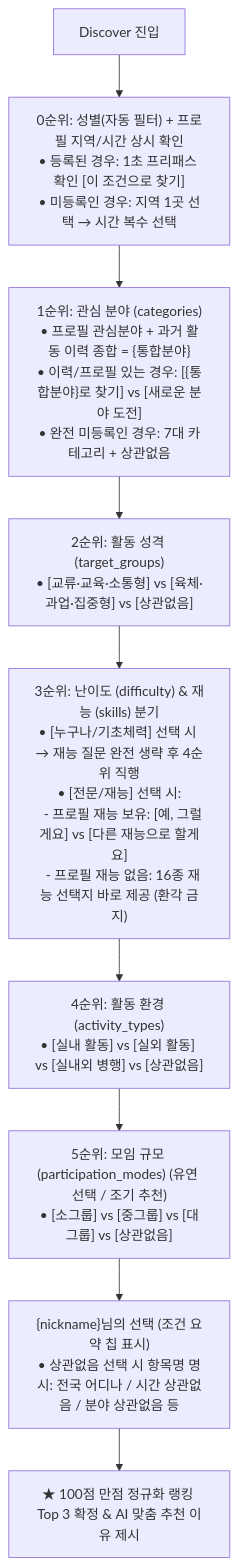
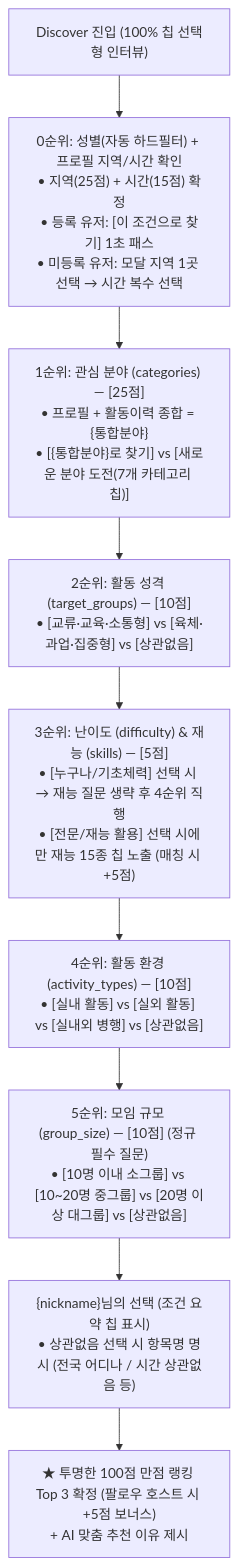
The diagram in docs/DISCOVER-AI-대화추천-시스템-명세서.md (olivepop04/ChakChak-app), drawn with Mermaid before and after one commit. The commit also changed other lines of this file and 14 other files, not shown here.

````diff
--- a/docs/DISCOVER-AI-대화추천-시스템-명세서.md
+++ b/docs/DISCOVER-AI-대화추천-시스템-명세서.md
@@ -46,18 +51,18 @@
 ```mermaid
 flowchart TD
-    Start["Discover 진입"] --> Step0["0순위: 성별(자동 필터) + 프로필 지역/시간 상시 확인<br/>• 등록된 경우: 1초 프리패스 확인 [이 조건으로 찾기]<br/>• 미등록인 경우: 지역 1곳 선택 → 시간 복수 선택"]
+    Start["Discover 진입 (100% 칩 선택형 인터뷰)"] --> Step0["0순위: 성별(자동 하드필터) + 프로필 지역/시간 확인<br/>• 지역(25점) + 시간(15점) 확정<br/>• 등록 유저: [이 조건으로 찾기] 1초 패스<br/>• 미등록 유저: 모달 지역 1곳 선택 → 시간 복수 선택"]
     
-    Step0 --> Step1["1순위: 관심 분야 (categories)<br/>• 프로필 관심분야 + 과거 활동 이력 종합 = {통합분야}<br/>• 이력/프로필 있는 경우: [{통합분야}로 찾기] vs [새로운 분야 도전]<br/>• 완전 미등록인 경우: 7대 카테고리 + 상관없음"]
+    Step0 --> Step1["1순위: 관심 분야 (categories) — [25점]<br/>• 프로필 + 활동이력 종합 = {통합분야}<br/>• [{통합분야}로 찾기] vs [새로운 분야 도전(7개 카테고리 칩)]"]
     
-    Step1 --> Step2["2순위: 활동 성격 (target_groups)<br/>• [교류·교육·소통형] vs [육체·과업·집중형] vs [상관없음]"]
+    Step1 --> Step2["2순위: 활동 성격 (target_groups) — [10점]<br/>• [교류·교육·소통형] vs [육체·과업·집중형] vs [상관없음]"]
     
-    Step2 --> Step3["3순위: 난이도 (difficulty) & 재능 (skills) 분기<br/>• [누구나/기초체력] 선택 시 → 재능 질문 완전 생략 후 4순위 직행<br/>• [전문/재능] 선택 시:<br/>  - 프로필 재능 보유: [예, 그럴게요] vs [다른 재능으로 할게요]<br/>  - 프로필 재능 없음: 16종 재능 선택지 바로 제공 (환각 금지)"]
+    Step2 --> Step3["3순위: 난이도 (difficulty) & 재능 (skills) — [5점]<br/>• [누구나/기초체력] 선택 시 → 재능 질문 생략 후 4순위 직행<br/>• [전문/재능 활용] 선택 시에만 재능 15종 칩 노출 (매칭 시 +5점)"]
     
-    Step3 --> Step4["4순위: 활동 환경 (activity_types)<br/>• [실내 활동] vs [실외 활동] vs [실내외 병행] vs [상관없음]"]
+    Step3 --> Step4["4순위: 활동 환경 (activity_types) — [10점]<br/>• [실내 활동] vs [실외 활동] vs [실내외 병행] vs [상관없음]"]
     
-    Step4 --> Step5["5순위: 모임 규모 (participation_modes) (유연 선택 / 조기 추천)<br/>• [소그룹] vs [중그룹] vs [대그룹] vs [상관없음]"]
+    Step4 --> Step5["5순위: 모임 규모 (group_size) — [10점] (정규 필수 질문)<br/>• [10명 이내 소그룹] vs [10~20명 중그룹] vs [20명 이상 대그룹] vs [상관없음]"]
     
-    Step5 --> Summary["{nickname}님의 선택 (조건 요약 칩 표시)<br/>• 상관없음 선택 시 항목명 명시: 전국 어디나 / 시간 상관없음 / 분야 상관없음 등"]
+    Step5 --> Summary["{nickname}님의 선택 (조건 요약 칩 표시)<br/>• 상관없음 선택 시 항목명 명시 (전국 어디나 / 시간 상관없음 등)"]
     
-    Summary --> Result["★ 100점 만점 정규화 랭킹 Top 3 확정 & AI 맞춤 추천 이유 제시"]
+    Summary --> Result["★ 투명한 100점 만점 랭킹 Top 3 확정 (팔로우 호스트 시 +5점 보너스)<br/>+ AI 맞춤 추천 이유 제시"]
 ```
````
